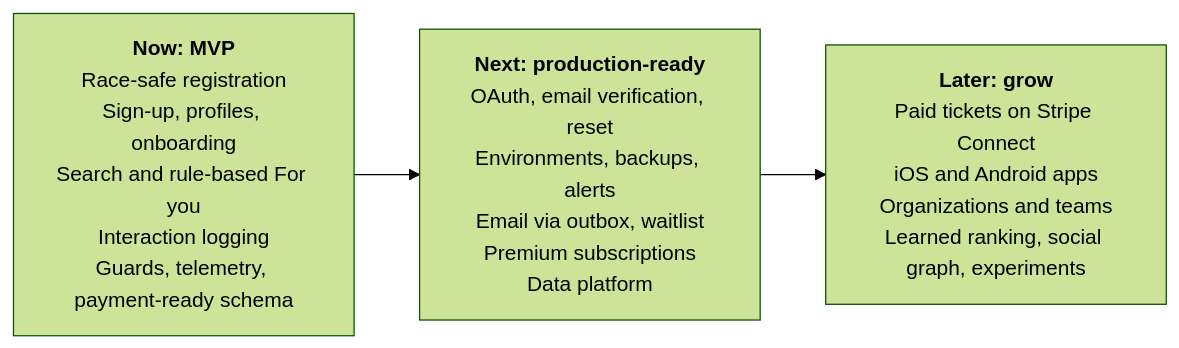
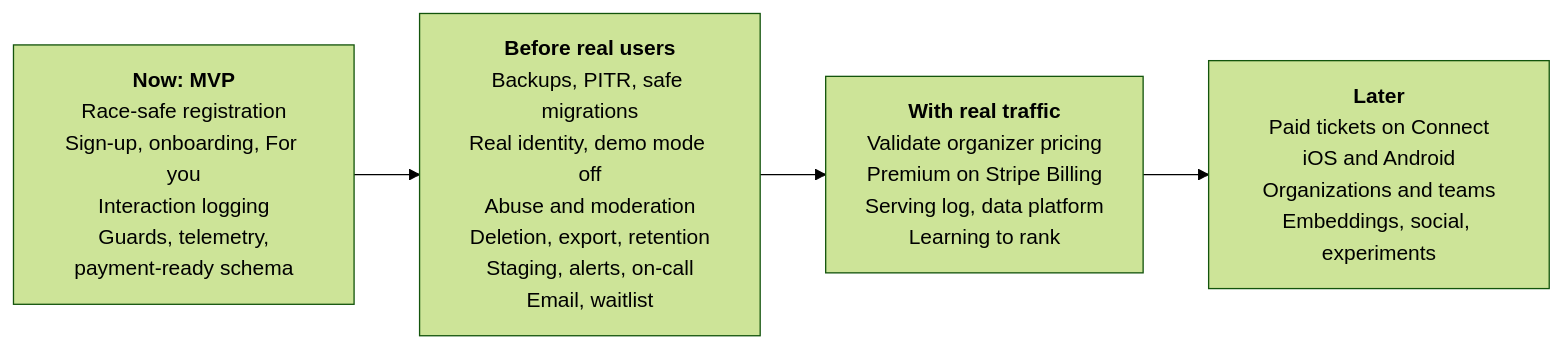
The first of 2 diagrams in docs/roadmap.md (khanovico/gatherly), drawn with Mermaid (forest theme) before and after one commit. The commit also changed other lines of this file and 1 other file, not shown here.

First line of the commit message:
docs: order the roadmap by risk, with triggers

````diff
--- a/docs/roadmap.md
+++ b/docs/roadmap.md
@@ -5,7 +5,8 @@
 ```mermaid
 flowchart LR
-  now["<b>Now: MVP</b><br/>Race-safe registration<br/>Sign-up, profiles, onboarding<br/>Search and rule-based For you<br/>Interaction logging<br/>Guards, telemetry, payment-ready schema"]
-  next["<b>Next: production-ready</b><br/>OAuth, email verification, reset<br/>Environments, backups, alerts<br/>Email via outbox, waitlist<br/>Premium subscriptions<br/>Data platform"]
-  later["<b>Later: grow</b><br/>Paid tickets on Stripe Connect<br/>iOS and Android apps<br/>Organizations and teams<br/>Learned ranking, social graph, experiments"]
-  now --> next --> later
+  now["<b>Now: MVP</b><br/>Race-safe registration<br/>Sign-up, onboarding, For you<br/>Interaction logging<br/>Guards, telemetry,<br/>payment-ready schema"]
+  gate["<b>Before real users</b><br/>Backups, PITR, safe migrations<br/>Real identity, demo mode off<br/>Abuse and moderation<br/>Deletion, export, retention<br/>Staging, alerts, on-call<br/>Email, waitlist"]
+  traffic["<b>With real traffic</b><br/>Validate organizer pricing<br/>Premium on Stripe Billing<br/>Serving log, data platform<br/>Learning to rank"]
+  later["<b>Later</b><br/>Paid tickets on Connect<br/>iOS and Android<br/>Organizations and teams<br/>Embeddings, social, experiments"]
+  now --> gate --> traffic --> later
 ```
````
